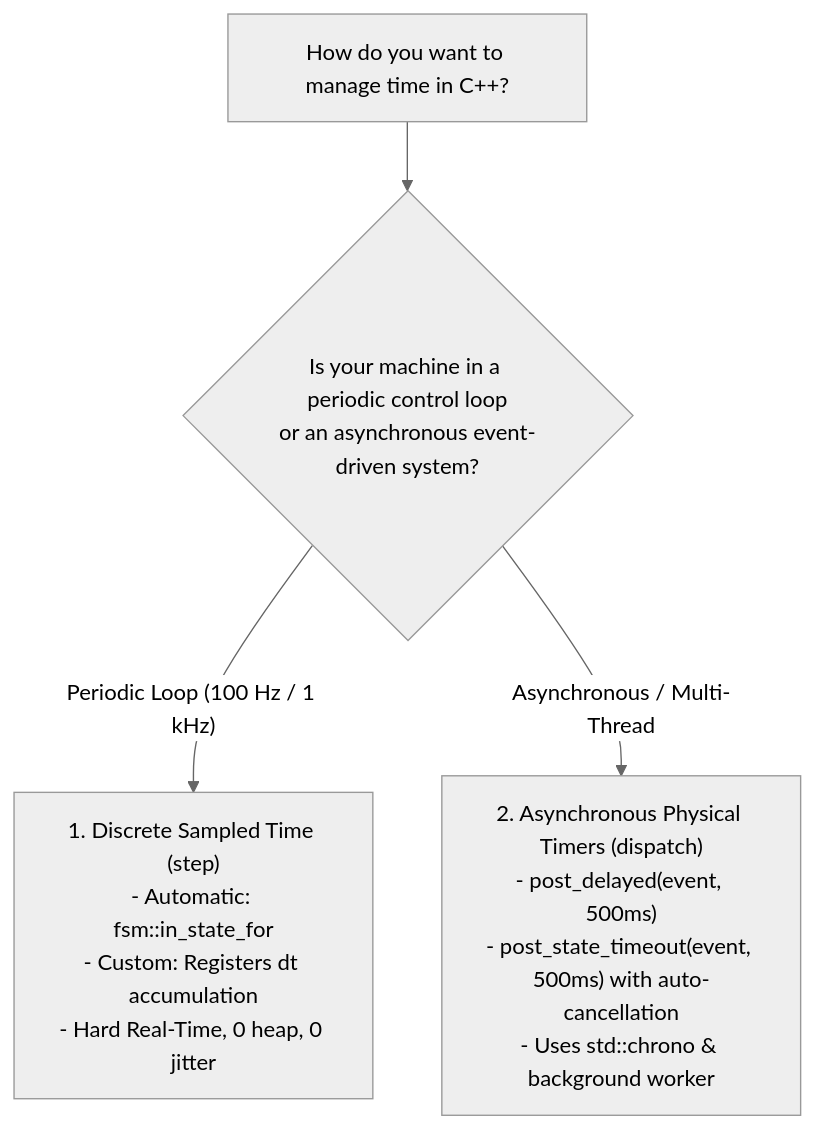
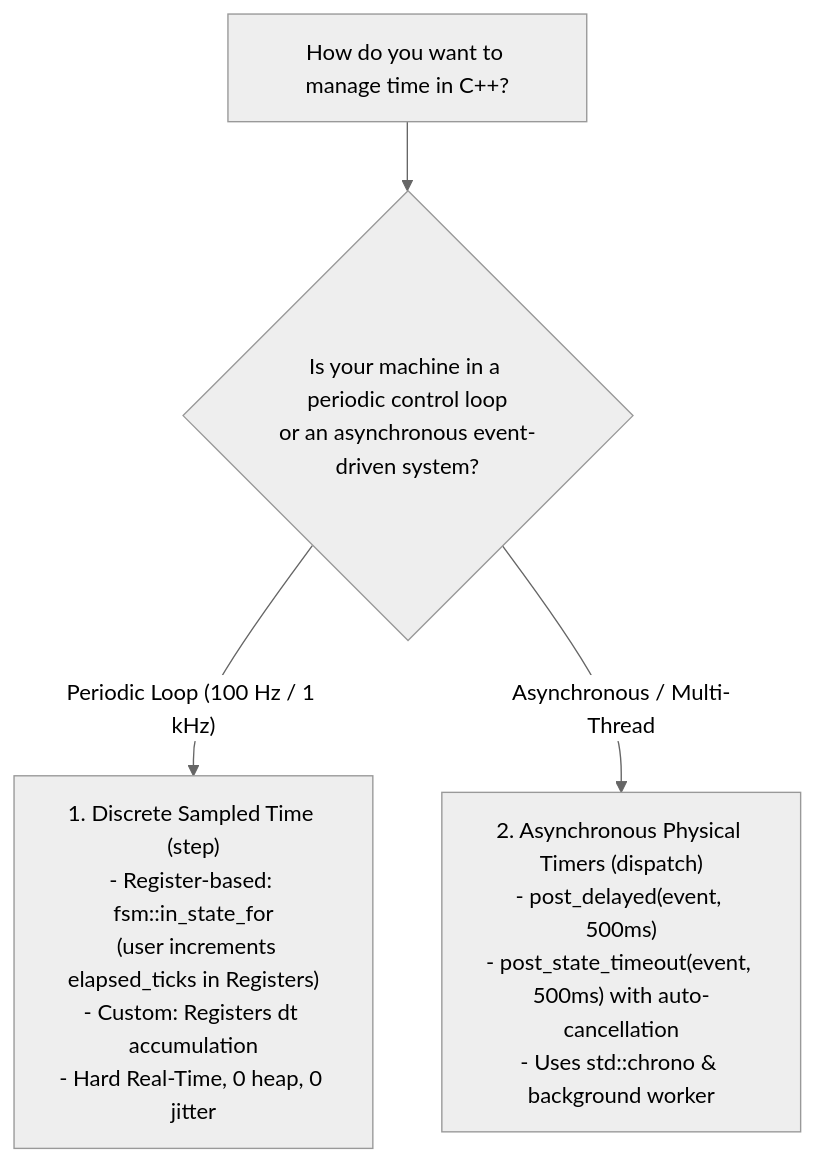
Before and after one commit to simoneCavalleri/fsmc: the third of 3 diagrams in docs/runtime_api/core_concepts.md, drawn with Mermaid (neutral theme). The commit also changed other lines of this file and 23 other files, not shown here.

````diff
--- a/docs/runtime_api/core_concepts.md
+++ b/docs/runtime_api/core_concepts.md
@@ -321,8 +321,8 @@
 ```mermaid
 flowchart TD
     Start["How do you want to manage time in C++?"] --> Decision{"Is your machine in a periodic control loop<br/>or an asynchronous event-driven system?"}
 
-    Decision -- "Periodic Loop (100 Hz / 1 kHz)" --> Disc["1. Discrete Sampled Time (step)<br/>- Automatic: fsm::in_state_for<Ticks><br/>- Custom: Registers dt accumulation<br/>- Hard Real-Time, 0 heap, 0 jitter"]
+    Decision -- "Periodic Loop (100 Hz / 1 kHz)" --> Disc["1. Discrete Sampled Time (step)<br/>- Register-based: fsm::in_state_for<Ticks><br/>  (user increments elapsed_ticks in Registers)<br/>- Custom: Registers dt accumulation<br/>- Hard Real-Time, 0 heap, 0 jitter"]
     
     Decision -- "Asynchronous / Multi-Thread" --> Async["2. Asynchronous Physical Timers (dispatch)<br/>- post_delayed(event, 500ms)<br/>- post_state_timeout(event, 500ms) with auto-cancellation<br/>- Uses std::chrono & background worker"]
 ```
````
